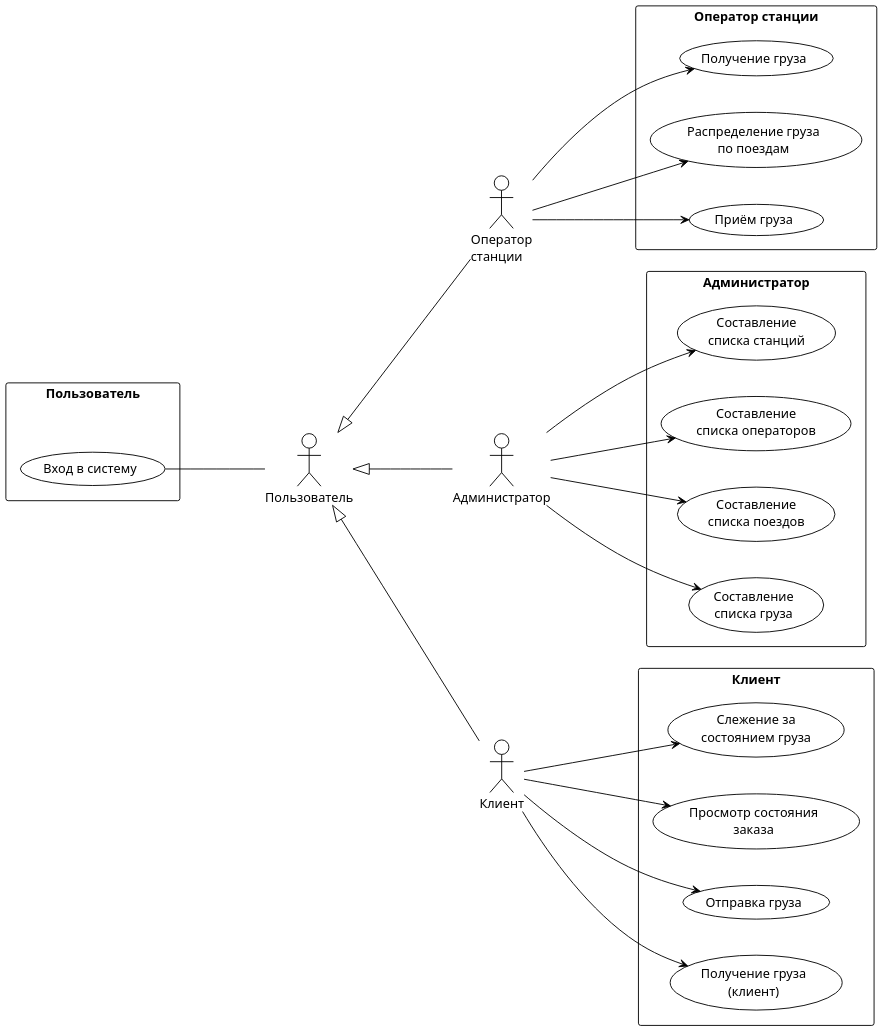
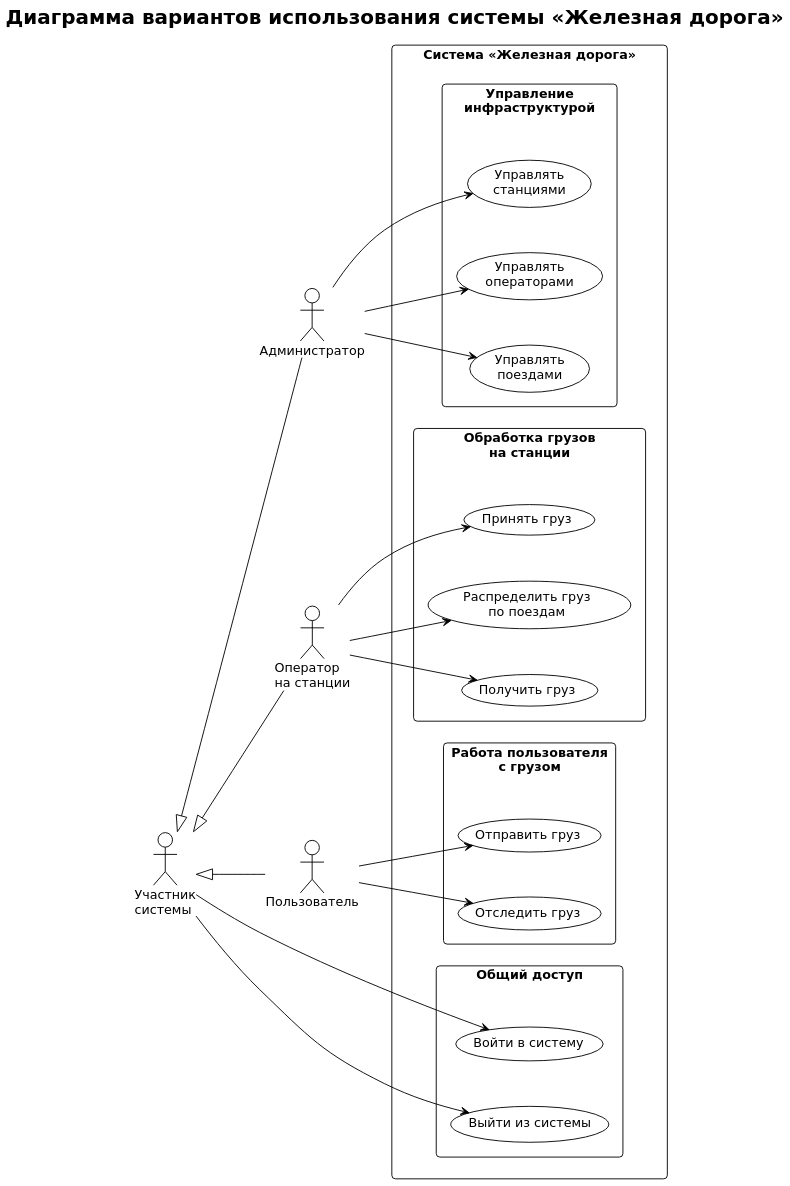
One commit to Gu4rDe/railway changed the first of 2 diagrams in uml-plantuml/references/examples.md. Above: the diagram before and after it, drawn with PlantUML. The commit also changed other lines of this file and 6 other files, not shown here.

````diff
--- a/uml-plantuml/references/examples.md
+++ b/uml-plantuml/references/examples.md
@@ -27,58 +7,54 @@
 ```plantuml
 @startuml
 !theme plain
+title Диаграмма вариантов использования системы «Железная дорога»
+left to right direction
+skinparam nodesep 50
+skinparam ranksep 70
 skinparam shadowing false
+skinparam roundcorner 8
 skinparam dpi 150
-skinparam nodesep 40
-skinparam ranksep 110
-skinparam packageStyle rectangle
-left to right direction
+skinparam defaultFontName DejaVu Sans
 
-rectangle "Пользователь\n\n" as G0 {
-  usecase "Вход в систему" as L
+actor "Участник\nсистемы" as U
+actor "Администратор" as A
+actor "Оператор\nна станции" as O
+actor "Пользователь" as P
+
+A -up-|> U
+O -up-|> U
+P -up-|> U
+
+rectangle "Система «Железная дорога»" {
+  rectangle "Общий доступ\n\n" as G0 {
+    usecase "Войти в систему" as L1
+    usecase "Выйти из системы" as L2
+  }
+  rectangle "Управление\nинфраструктурой\n\n" as G1 {
+    usecase "Управлять\nстанциями" as A1
+    usecase "Управлять\nоператорами" as A2
+    usecase "Управлять\nпоездами" as A3
+  }
+  rectangle "Обработка грузов\nна станции\n\n" as G2 {
+    usecase "Принять груз" as O1
+    usecase "Распределить груз\nпо поездам" as O2
+    usecase "Получить груз" as O3
+  }
+  rectangle "Работа пользователя\nс грузом\n\n" as G3 {
+    usecase "Отправить груз" as P1
+    usecase "Отследить груз" as P2
+  }
 }
 
-actor "Пользователь" as U
-actor "Оператор\nстанции" as O
-actor "Администратор" as A
-actor "Клиент" as C
-
-rectangle "Оператор станции" as G3 {
-  usecase "Получение груза" as O1
-  usecase "Распределение груза\nпо поездам" as O2
-  usecase "Приём груза" as O3
-}
-rectangle "Администратор" as G1 {
-  usecase "Составление\nсписка станций" as A1
-  usecase "Составление\nсписка операторов" as A2
-  usecase "Составление\nсписка поездов" as A3
-  usecase "Составление\nсписка груза" as A4
-}
-rectangle "Клиент" as G2 {
-  usecase "Слежение за\nсостоянием груза" as C1
-  usecase "Просмотр состояния\nзаказа" as C2
-  usecase "Отправка груза" as C3
-  usecase "Получение груза\n(клиент)" as C4
-}
-
-O -[hidden]right-> A
-A -[hidden]right-> C
-L -- U
-U <|-- O
-U <|-- A
-U <|-- C
-
-O --> O1
-O --> O2
-O --> O3
-A --> A1
-A --> A2
-A --> A3
-A --> A4
-C --> C1
-C --> C2
-C --> C3
-C --> C4
-
+U -down-> L1
+U -down-> L2
+A -down-> A1
+A -down-> A2
+A -down-> A3
+O -down-> O1
+O -down-> O2
+O -down-> O3
+P -down-> P1
+P -down-> P2
 @enduml
 ```
````
